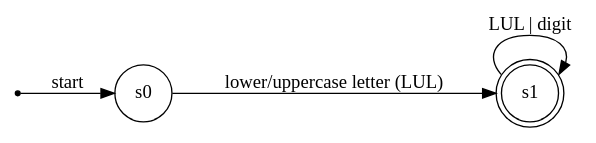
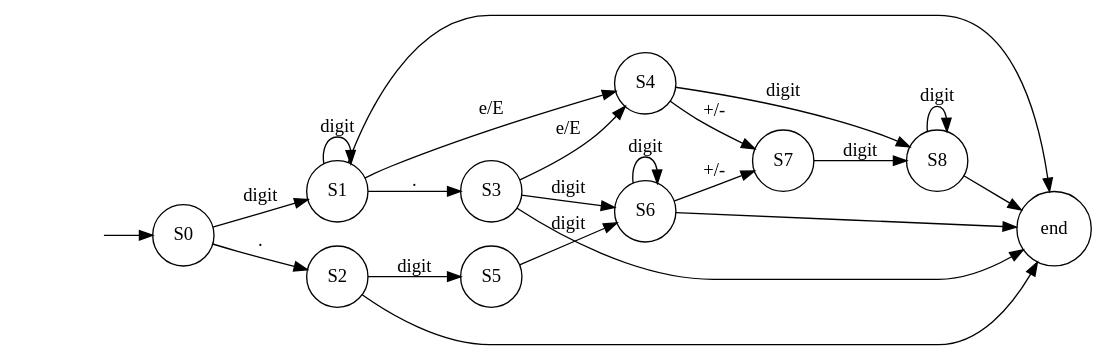
Before and after one commit to ichxorya/pvccoon: the diagram in docs/dev_logs/manual_lexer_dev/test.dot, drawn with Graphviz. The commit also changed 1 other file, not shown here.

```diff
--- a/docs/dev_logs/manual_lexer_dev/test.dot
+++ b/docs/dev_logs/manual_lexer_dev/test.dot
@@ -1,14 +1,37 @@
-digraph fsm {
+digraph float_literal {
     rankdir=LR;
-    node [shape=point];
-    start;
     node [shape=circle];
-    s0;
     
-    node [shape=doublecircle] s1;
-
-    // Rule
-    start -> s0 [label="start"];
-    s0 -> s1 [label="lower/uppercase letter (LUL)"];
-    s1 -> s1 [label="LUL | digit"];
+    start [style=invis];
+    start -> S0;
+    
+    S0 -> S1 [label="digit"];
+    S0 -> S2 [label="."];
+    
+    S1 -> S1 [label="digit"];
+    S1 -> S3 [label="."];
+    S1 -> S4 [label="e/E"];
+    
+    S2 -> S5 [label="digit"];
+    
+    S3 -> S6 [label="digit"];
+    S3 -> S4 [label="e/E"];
+    
+    S4 -> S7 [label="+/-"];
+    S4 -> S8 [label="digit"];
+    
+    S5 -> S6 [label="digit"];
+    
+    S6 -> S6 [label="digit"];
+    S6 -> S7 [label="+/-"];
+    
+    S7 -> S8 [label="digit"];
+    
+    S8 -> S8 [label="digit"];
+    
+    S1 -> end;
+    S2 -> end;
+    S3 -> end;
+    S6 -> end;
+    S8 -> end;
 }
```
